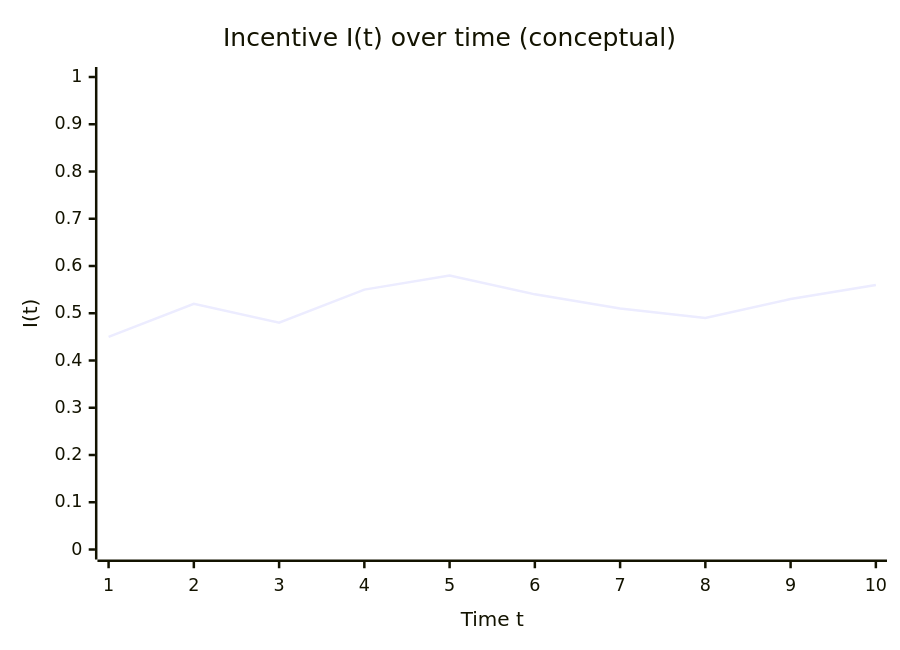
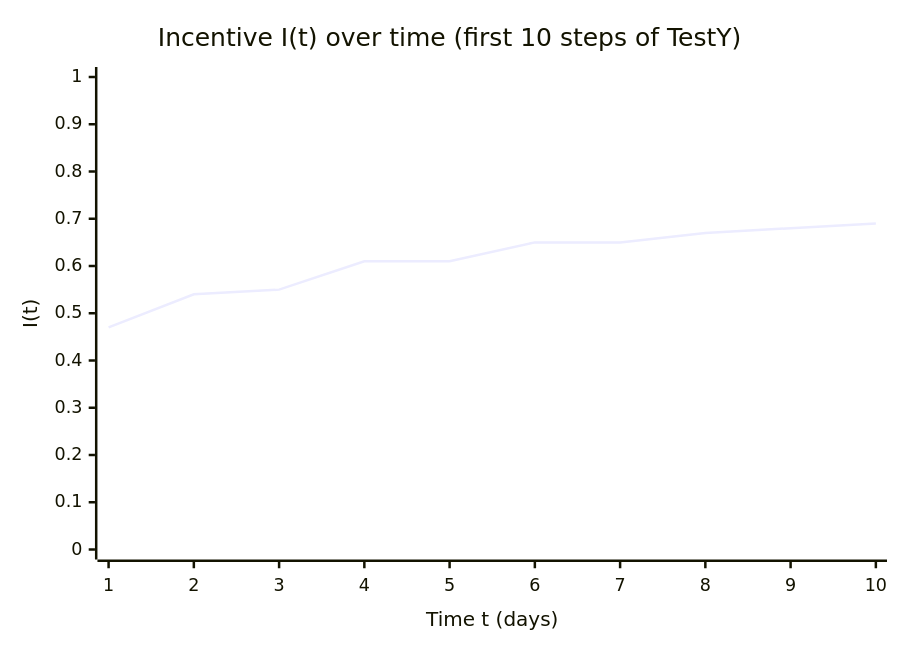
The fifth of 6 diagrams in function/local/n/china/shantou/readme.md (zeusro/system), drawn with Mermaid before and after one commit. The commit also changed other lines of this file and 1 other file, not shown here.

````diff
--- a/function/local/n/china/shantou/readme.md
+++ b/function/local/n/china/shantou/readme.md
@@ -250,7 +252,7 @@
 ```mermaid
 xychart-beta
-    title "Incentive I(t) over time (conceptual)"
-    x-axis "Time t" [1, 2, 3, 4, 5, 6, 7, 8, 9, 10]
+    title "Incentive I(t) over time (first 10 steps of TestY)"
+    x-axis "Time t (days)" [1, 2, 3, 4, 5, 6, 7, 8, 9, 10]
     y-axis "I(t)" 0 --> 1
-    line [0.45, 0.52, 0.48, 0.55, 0.58, 0.54, 0.51, 0.49, 0.53, 0.56]
+    line [0.47, 0.54, 0.55, 0.61, 0.61, 0.65, 0.65, 0.67, 0.68, 0.69]
 ```
````
